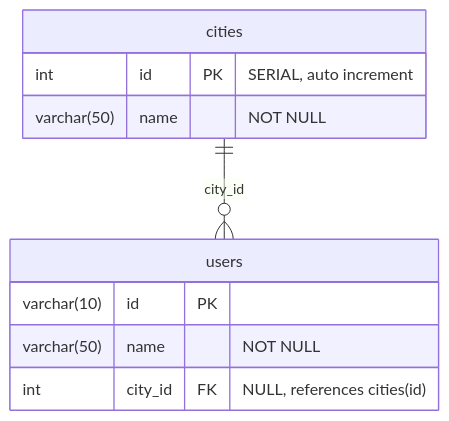
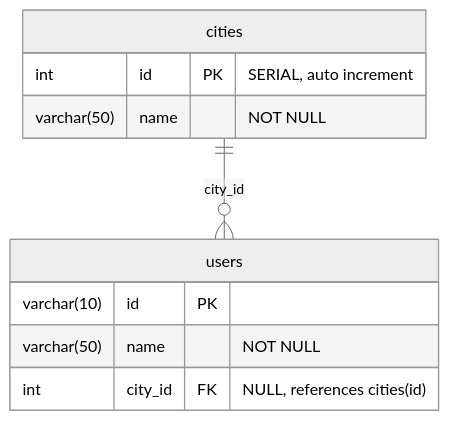
Before and after one commit to bluetape4k/exposed-r2dbc-workshop: the first of 3 diagrams in 03-exposed-r2dbc-basic/exposed-r2dbc-sql-example/README.md, drawn with Mermaid. The commit also changed other lines of this file and 63 other files, not shown here.

First line of the commit message:
docs: 전 모듈 README Mermaid UML 추가 및 영/한 이중화

````diff
--- a/03-exposed-r2dbc-basic/exposed-r2dbc-sql-example/README.md
+++ b/03-exposed-r2dbc-basic/exposed-r2dbc-sql-example/README.md
@@ -10,13 +12,14 @@
 ```mermaid
+%%{init: {"theme": "neutral"}}%%
 erDiagram
     cities {
         int id PK "SERIAL, auto increment"
         varchar(50) name "NOT NULL"
     }
     users {
         varchar(10) id PK
         varchar(50) name "NOT NULL"
         int city_id FK "NULL, references cities(id)"
     }
     cities ||--o{ users : "city_id"
 ```
````
